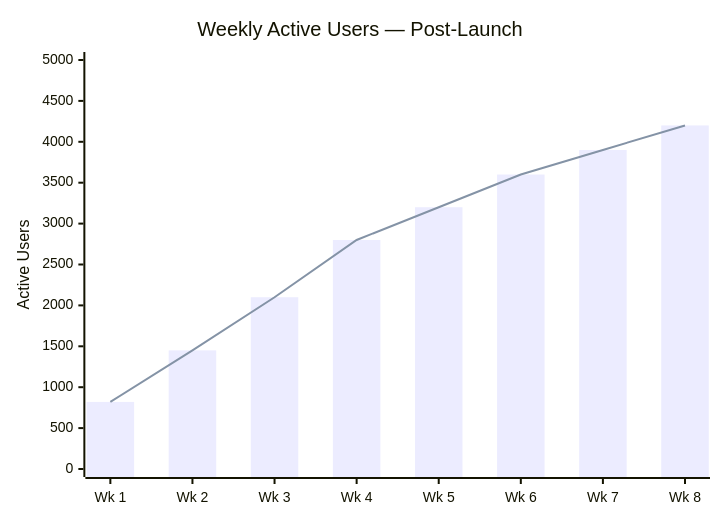
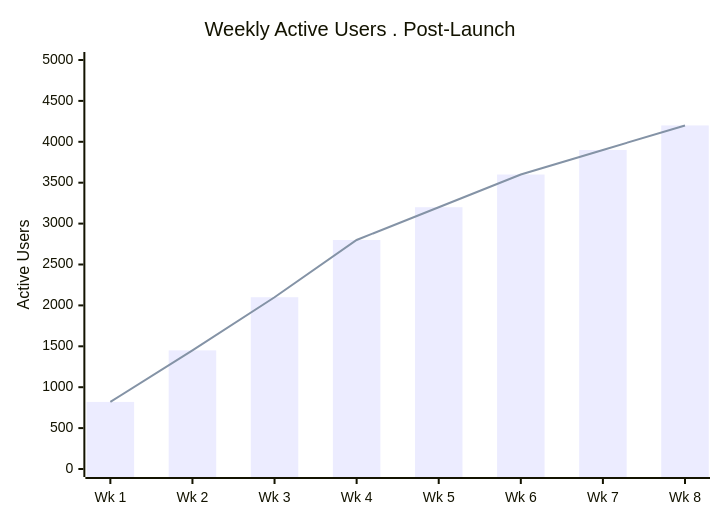
Before and after one commit to rtmendes/pm-skills: diagram 15 of 15 in skills/utility-mermaid-diagrams/references/pm-use-cases.md, drawn with Mermaid. The commit also changed other lines of this file and 482 other files, not shown here.

````diff
--- a/skills/utility-mermaid-diagrams/references/pm-use-cases.md
+++ b/skills/utility-mermaid-diagrams/references/pm-use-cases.md
@@ -533,8 +533,8 @@
 ```mermaid
 xychart-beta
-    title "Weekly Active Users — Post-Launch"
+    title "Weekly Active Users . Post-Launch"
     x-axis ["Wk 1", "Wk 2", "Wk 3", "Wk 4", "Wk 5", "Wk 6", "Wk 7", "Wk 8"]
     y-axis "Active Users" 0 --> 5000
     bar [820, 1450, 2100, 2800, 3200, 3600, 3900, 4200]
     line [820, 1450, 2100, 2800, 3200, 3600, 3900, 4200]
 ```
````
